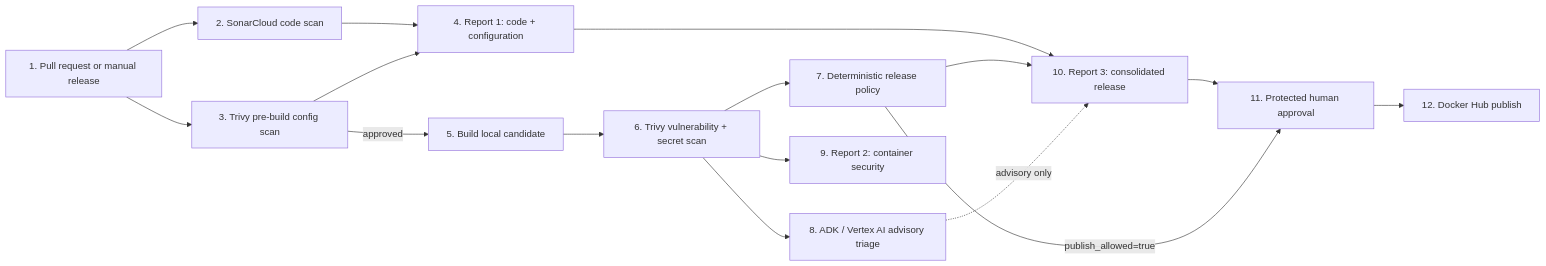
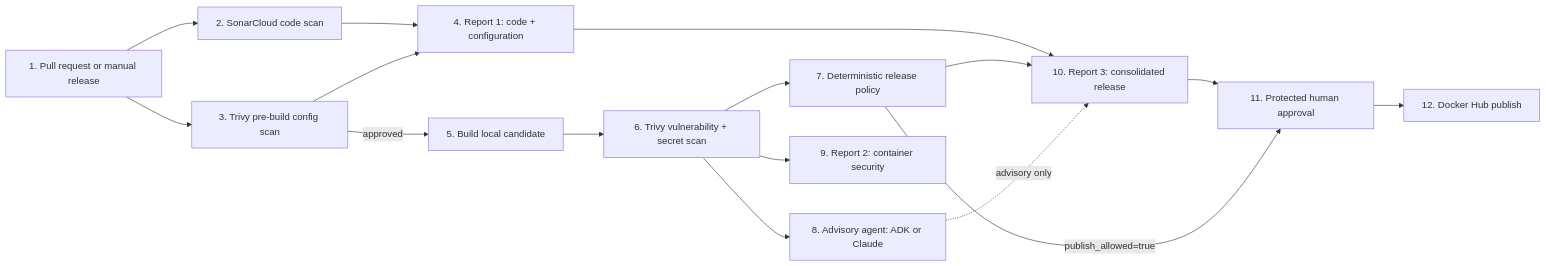
The diagram in README.md (DevOpsAIguru123/devops-agents), drawn with Mermaid before and after one commit. The commit also changed other lines of this file and 4 other files, not shown here.

````diff
--- a/README.md
+++ b/README.md
@@ -28,31 +45,31 @@
 ```mermaid
 flowchart LR
     source["1. Pull request or manual release"]
     sonar["2. SonarCloud code scan"]
     config["3. Trivy pre-build config scan"]
     pre["4. Report 1: code + configuration"]
     build["5. Build local candidate"]
     image["6. Trivy vulnerability + secret scan"]
     policy["7. Deterministic release policy"]
-    agent["8. ADK / Vertex AI advisory triage"]
+    agent["8. Advisory agent: ADK or Claude"]
     imageReport["9. Report 2: container security"]
     overall["10. Report 3: consolidated release"]
     approval["11. Protected human approval"]
     publish["12. Docker Hub publish"]
 
     source --> sonar
     source --> config
     sonar --> pre
     config --> pre
     config -->|approved| build
     build --> image
     image --> policy
     image --> agent
     image --> imageReport
     pre --> overall
     policy --> overall
     agent -. "advisory only" .-> overall
     overall --> approval
     policy -->|publish_allowed=true| approval
     approval --> publish
 ```
````
